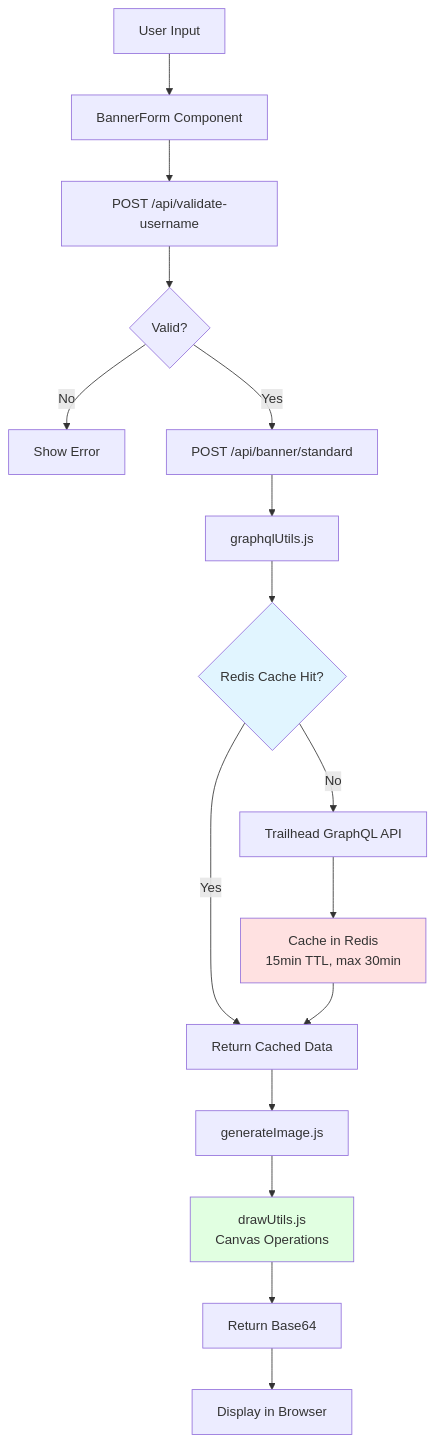
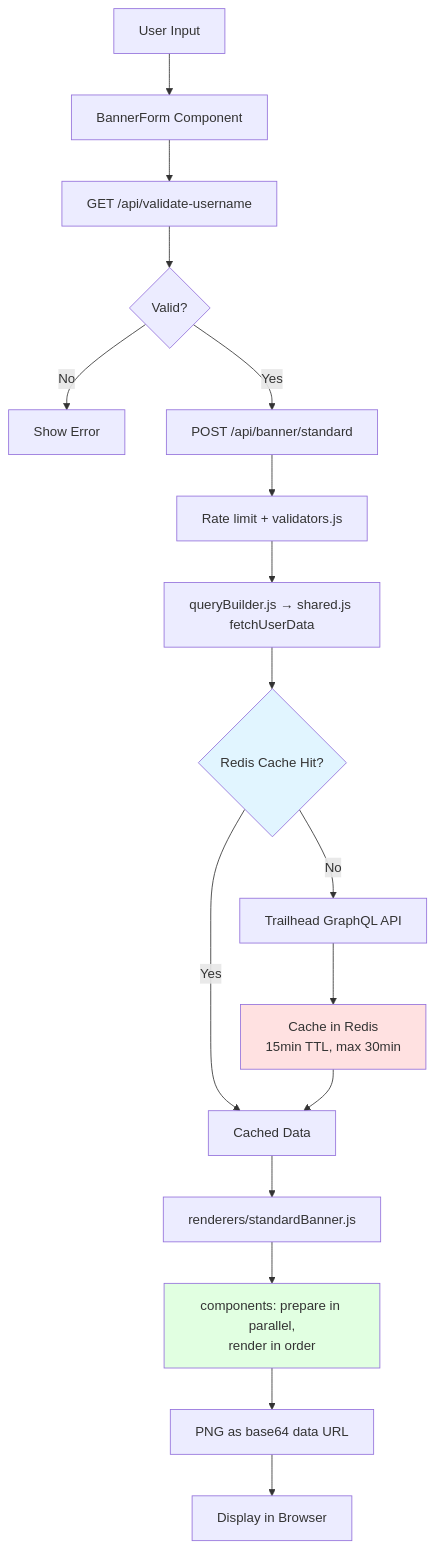
The diagram in AGENTS.md (nabondance/Trailhead-Banner), drawn with Mermaid before and after one commit. The commit also changed other lines of this file and 17 other files, not shown here.

````diff
--- a/AGENTS.md
+++ b/AGENTS.md
@@ -43,22 +43,23 @@
 ```mermaid
 graph TB
     A[User Input] --> B[BannerForm Component]
-    B --> C[POST /api/validate-username]
+    B --> C[GET /api/validate-username]
     C --> D{Valid?}
     D -->|No| E[Show Error]
     D -->|Yes| F[POST /api/banner/standard]
-    F --> G[graphqlUtils.js]
-    G --> H{Redis Cache Hit?}
-    H -->|Yes| I[Return Cached Data]
-    H -->|No| J[Trailhead GraphQL API]
-    J --> K[Cache in Redis<br/>15min TTL, max 30min]
-    K --> I
-    I --> L[generateImage.js]
-    L --> M[drawUtils.js<br/>Canvas Operations]
-    M --> N[Return Base64]
-    N --> O[Display in Browser]
+    F --> G[Rate limit + validators.js]
+    G --> H[queryBuilder.js → shared.js fetchUserData]
+    H --> I{Redis Cache Hit?}
+    I -->|Yes| J[Cached Data]
+    I -->|No| K[Trailhead GraphQL API]
+    K --> L[Cache in Redis<br/>15min TTL, max 30min]
+    L --> J
+    J --> M[renderers/standardBanner.js]
+    M --> N[components: prepare in parallel,<br/>render in order]
+    N --> O[PNG as base64 data URL]
+    O --> P[Display in Browser]
 
-    style H fill:#e1f5ff
-    style K fill:#ffe1e1
-    style M fill:#e1ffe1
+    style I fill:#e1f5ff
+    style L fill:#ffe1e1
+    style N fill:#e1ffe1
 ```
````
